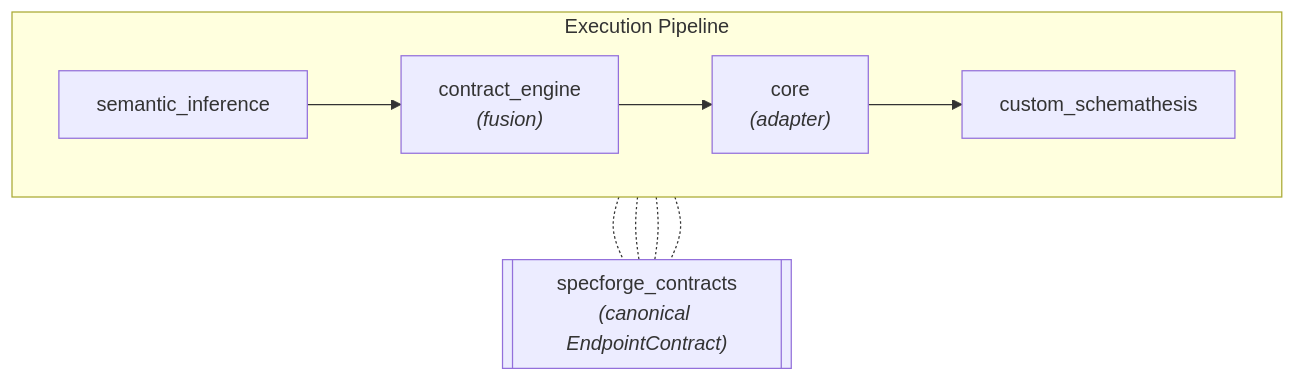
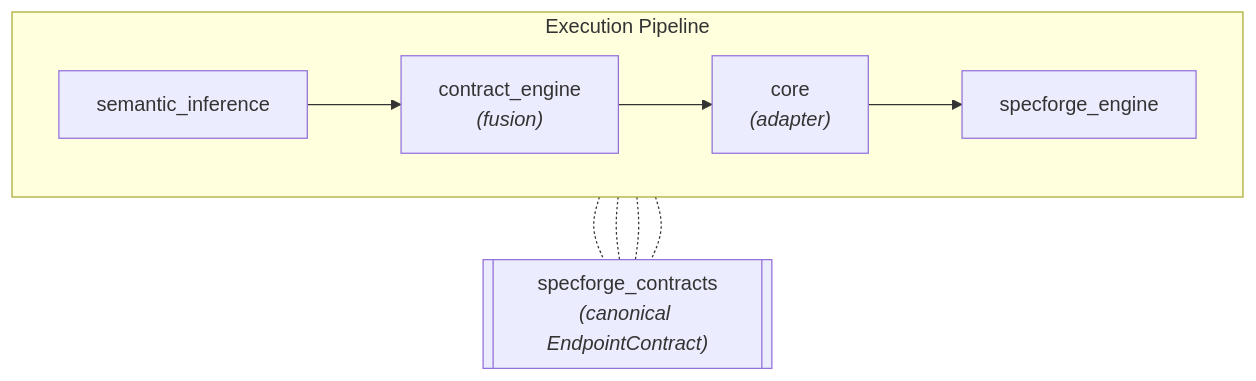
The diagram in docs/modules/contracts/index.md (Spec-Forge-Testing/specforge-docs), drawn with Mermaid before and after one commit. The commit also changed other lines of this file and 26 other files, not shown here.

Commit message:
docs(engine): the engine section is specforge-engine and ADR-063 records the rename

````diff
--- a/docs/modules/contracts/index.md
+++ b/docs/modules/contracts/index.md
@@ -6,16 +6,16 @@
 ```mermaid
 flowchart TD
     subgraph Flow ["Execution Pipeline"]
         direction LR
         SI["semantic_inference"] --> CE["contract_engine<br/><i>(fusion)</i>"]
         CE --> CO["core<br/><i>(adapter)</i>"]
-        CO --> CS["custom_schemathesis"]
+        CO --> CS["specforge_engine"]
     end
 
     SC[["specforge_contracts<br/><i>(canonical EndpointContract)</i>"]]
 
     SI -.- SC
     CE -.- SC
     CO -.- SC
     CS -.- SC
 ```
````
